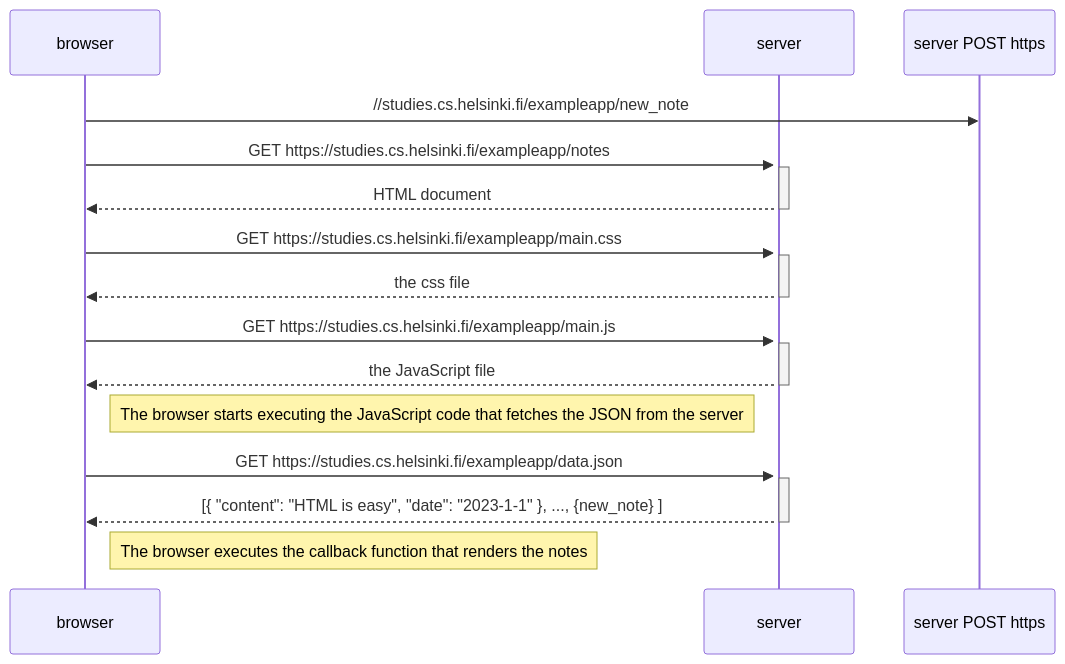
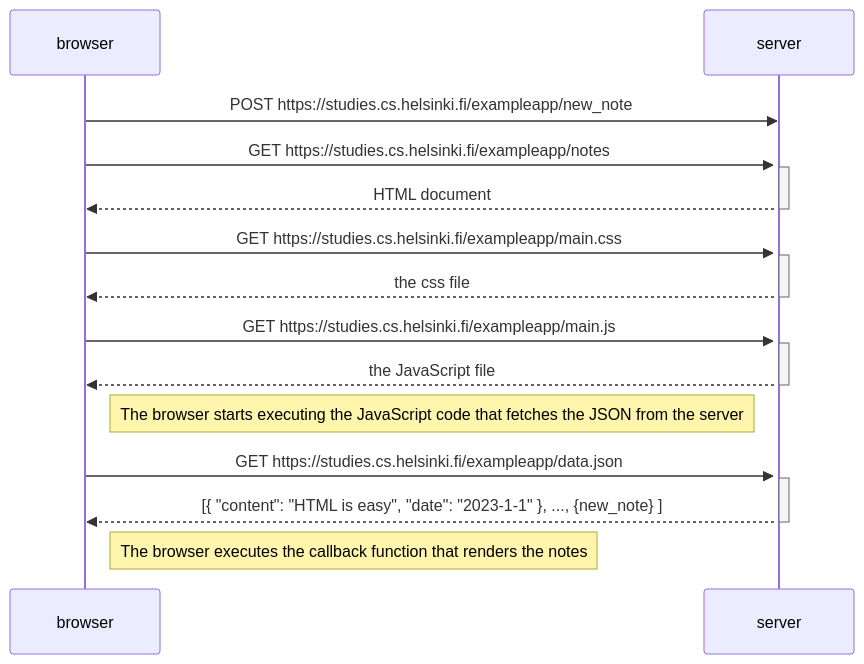
The diagram in 0.4.md (daviddelcerro/part0), drawn with Mermaid before and after one commit.

````diff
--- a/0.4.md
+++ b/0.4.md
@@ -1,33 +1,33 @@
 ```mermaid
 
 sequenceDiagram
     participant browser
     participant server
 
-    browser->>server POST https://studies.cs.helsinki.fi/exampleapp/new_note
+    browser->>server : POST https://studies.cs.helsinki.fi/exampleapp/new_note
     activate server
     browser->>server: GET https://studies.cs.helsinki.fi/exampleapp/notes
     activate server
     server-->>browser: HTML document
     deactivate server
 
     browser->>server: GET https://studies.cs.helsinki.fi/exampleapp/main.css
     activate server
     server-->>browser: the css file
     deactivate server
 
     browser->>server: GET https://studies.cs.helsinki.fi/exampleapp/main.js
     activate server
     server-->>browser: the JavaScript file
     deactivate server
 
     Note right of browser: The browser starts executing the JavaScript code that fetches the JSON from the server
 
     browser->>server: GET https://studies.cs.helsinki.fi/exampleapp/data.json
     activate server
     server-->>browser: [{ "content": "HTML is easy", "date": "2023-1-1" }, ..., {new_note} ]
     deactivate server
 
     Note right of browser: The browser executes the callback function that renders the notes
 
 ```
````
